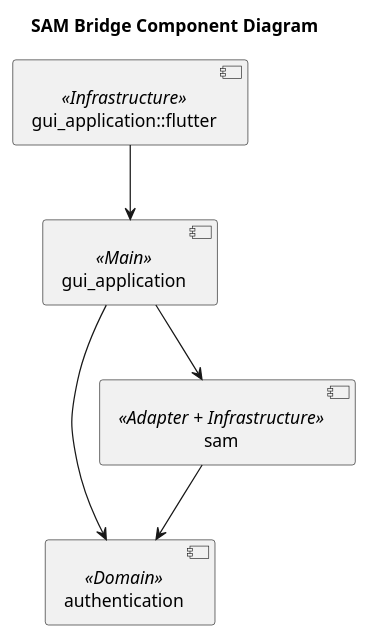
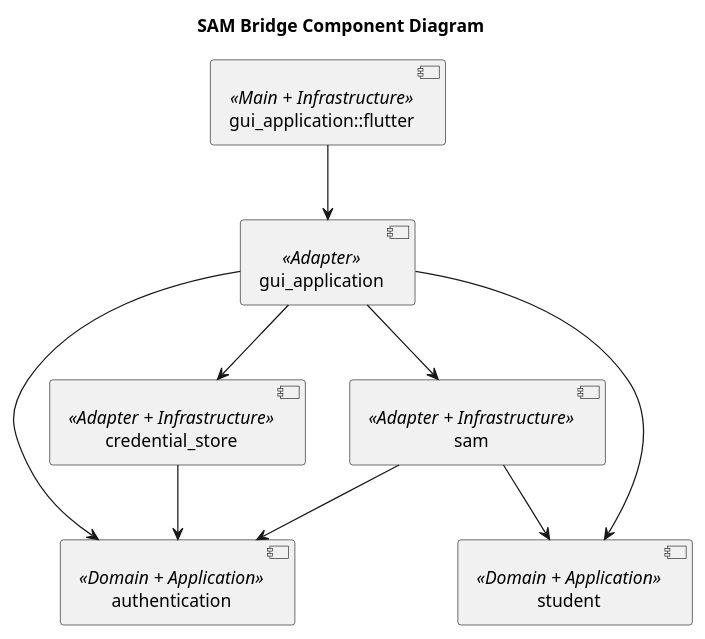
Before and after one commit to GabrielVander/sam-bridge: the diagram in README.md, drawn with PlantUML. The commit also changed other lines of this file, not shown here.

Commit message:
Update component diagram]

````diff
--- a/README.md
+++ b/README.md
@@ -17,15 +17,24 @@
 ```plantuml
 @startuml
 title SAM Bridge Component Diagram
 
-component "gui_application::flutter" as ui <<Infrastructure>>
-component gui_application <<Main>>
-component authentication <<Domain>>
+component "gui_application::flutter" as ui <<Main + Infrastructure>>
+component gui_application <<Adapter>>
+component authentication <<Domain + Application>>
+component student <<Domain + Application>>
 component sam <<Adapter + Infrastructure>>
+component credential_store <<Adapter + Infrastructure>>
 
 ui --> gui_application
+
 gui_application --> authentication
+gui_application --> student
 gui_application --> sam
+gui_application --> credential_store
+
 sam --> authentication
+sam --> student
+
+credential_store --> authentication
 @enduml
 ```
````
